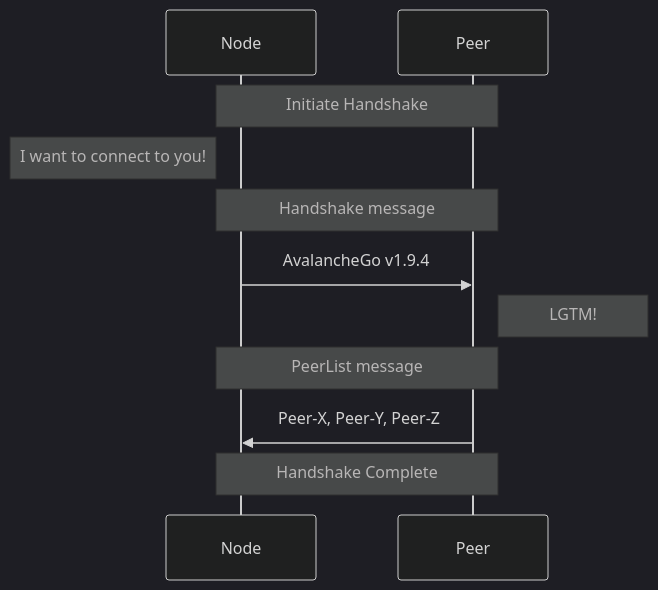
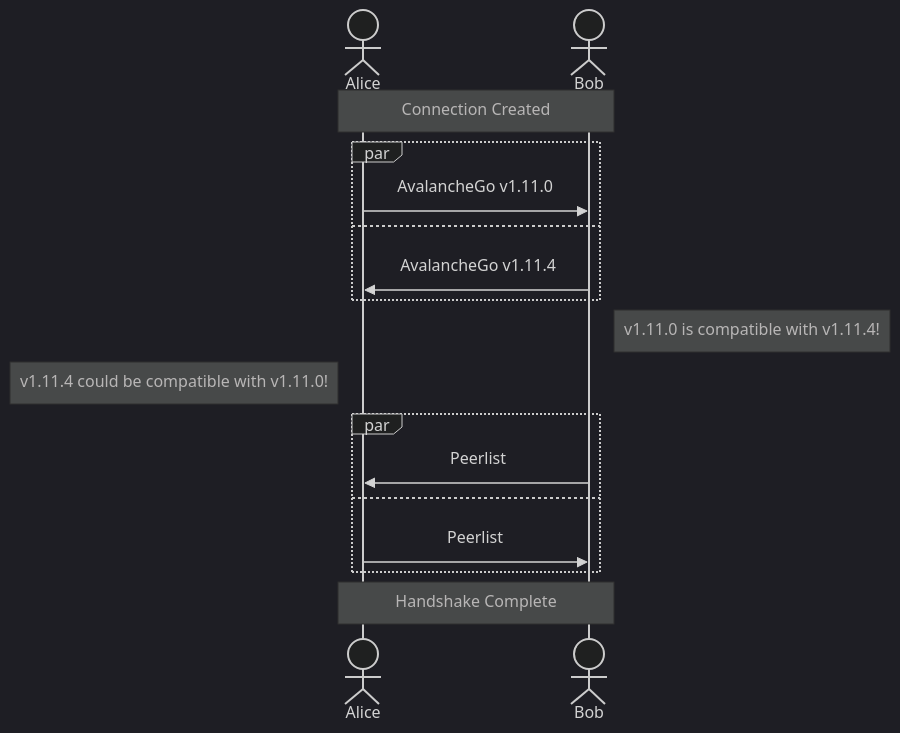
One commit to luxfi/node changed the third of 5 diagrams in network/README.md. Above: the diagram before and after it, drawn with Mermaid (dark theme). The commit also changed other lines of this file, not shown here.

````diff
--- a/network/README.md
+++ b/network/README.md
@@ -72,11 +84,19 @@
 ```mermaid
 sequenceDiagram
-Note over Node,Peer: Initiate Handshake
-Note left of Node: I want to connect to you!
-Note over Node,Peer: Handshake message
-Node->>Peer: AvalancheGo v1.9.4
-Note right of Peer: LGTM!
-Note over Node,Peer: PeerList message
-Peer->>Node: Peer-X, Peer-Y, Peer-Z
-Note over Node,Peer: Handshake Complete
+    actor Alice
+    actor Bob
+    Note over Alice,Bob: Connection Created
+    par
+        Alice->>Bob: AvalancheGo v1.11.0
+    and
+        Bob->>Alice: AvalancheGo v1.11.4
+    end
+    Note right of Bob: v1.11.0 is compatible with v1.11.4!
+    Note left of Alice: v1.11.4 could be compatible with v1.11.0!
+    par
+        Bob->>Alice: Peerlist
+    and
+        Alice->>Bob: Peerlist
+    end
+    Note over Alice,Bob: Handshake Complete
 ```
````
